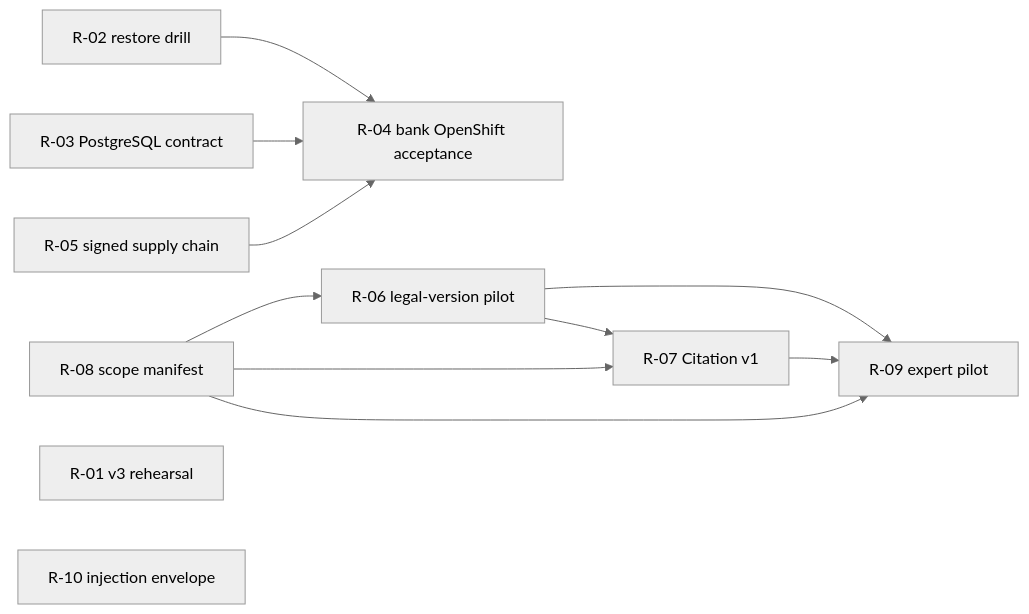
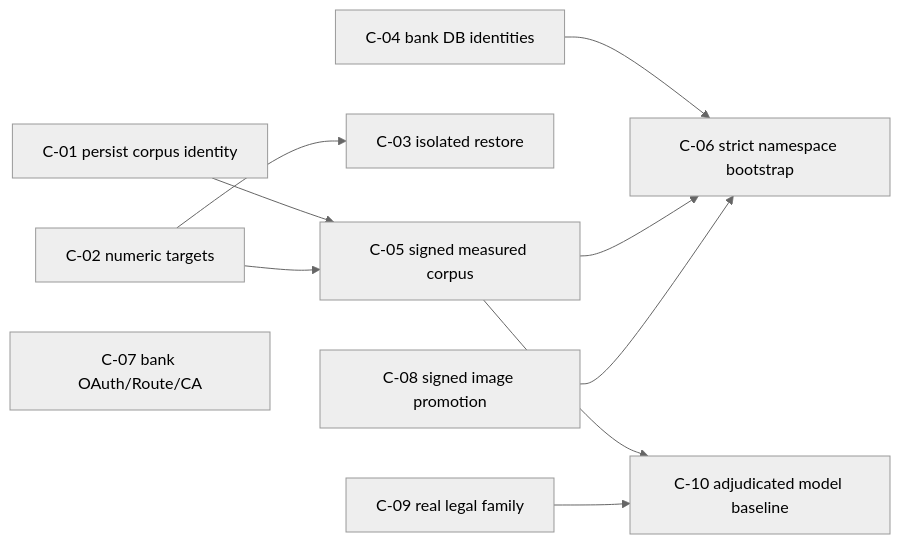
One commit to omercagatay/bddk-mcp changed the second of 2 diagrams in docs/ROADMAP.md. Above: the diagram before and after it, drawn with Mermaid (neutral theme). The commit also changed other lines of this file and 16 other files, not shown here.

Commit message:
docs: finalize evidence roadmap and operating gates

```diff
--- a/docs/ROADMAP.md
+++ b/docs/ROADMAP.md
@@ -464,14 +520,12 @@
 ~~~mermaid
 flowchart LR
-    R02[R-02 restore drill] --> R04[R-04 bank OpenShift acceptance]
-    R03[R-03 PostgreSQL contract] --> R04
-    R05[R-05 signed supply chain] --> R04
-    R08[R-08 scope manifest] --> R06[R-06 legal-version pilot]
-    R06 --> R07[R-07 Citation v1]
-    R08 --> R07
-    R06 --> R09[R-09 expert pilot]
-    R07 --> R09
-    R08 --> R09
-    R01[R-01 v3 rehearsal]
-    R10[R-10 injection envelope]
+    C01[C-01 persist corpus identity] --> C05[C-05 signed measured corpus]
+    C02[C-02 numeric targets] --> C03[C-03 isolated restore]
+    C02 --> C05
+    C04[C-04 bank DB identities] --> C06[C-06 strict namespace bootstrap]
+    C05 --> C06
+    C08[C-08 signed image promotion] --> C06
+    C05 --> C10[C-10 adjudicated model baseline]
+    C09[C-09 real legal family] --> C10
+    C07[C-07 bank OAuth/Route/CA]
 ~~~
```
